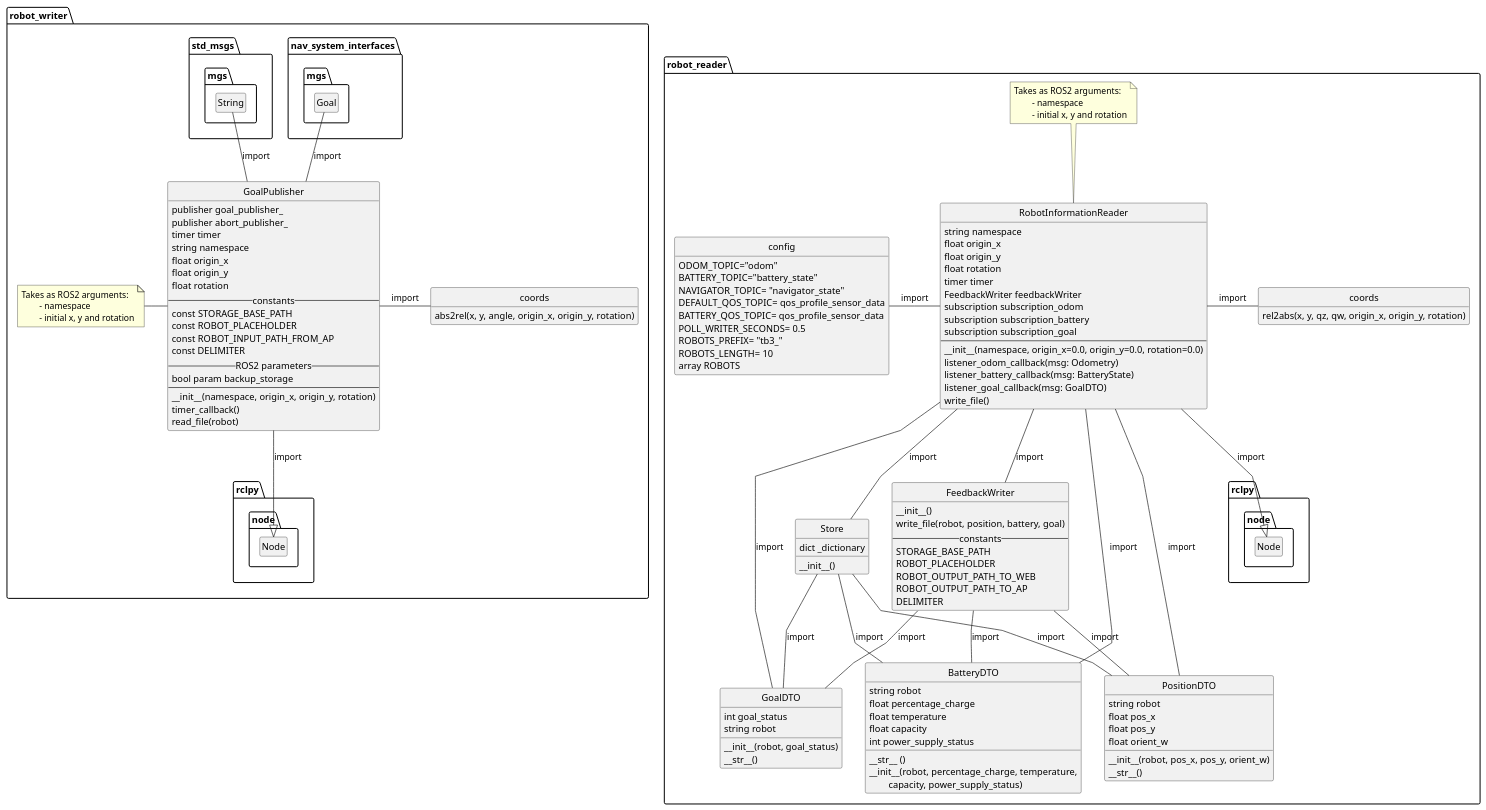
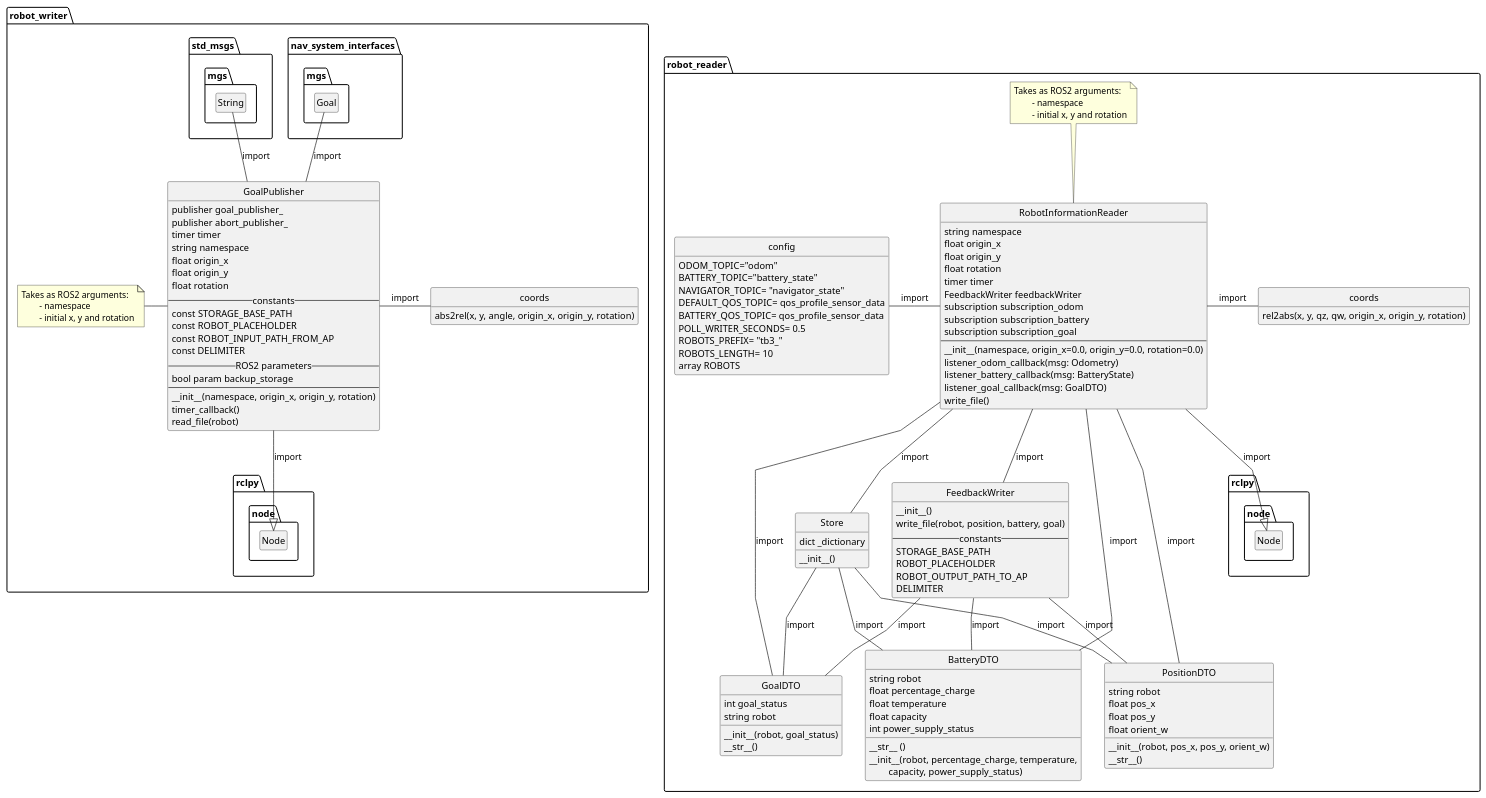
The diagram in doc/ros2/nodes/robot_nodes/class.puml (fcpp-experiments/ros2-library-project), drawn with PlantUML before and after one commit. The commit also changed 7 other files, not shown here.

```diff
--- a/doc/ros2/nodes/robot_nodes/class.puml
+++ b/doc/ros2/nodes/robot_nodes/class.puml
@@ -1,132 +1,131 @@
 @startuml
 hide empty member
 hide circle
 skinparam Linetype polyline
 
 package robot_writer {
 
 	class GoalPublisher {
 		publisher goal_publisher_
 		publisher abort_publisher_
 		timer timer
 		string namespace
 		float origin_x
 		float origin_y
 		float rotation
 		--constants--
 		const STORAGE_BASE_PATH
 		const ROBOT_PLACEHOLDER
 		const ROBOT_INPUT_PATH_FROM_AP
 		const DELIMITER
 		--ROS2 parameters--
 		bool param backup_storage
 		---
 		__init__(namespace, origin_x, origin_y, rotation)
 		timer_callback()
 		read_file(robot)
 	}
 	class robot_writer.coords {
 	  abs2rel(x, y, angle, origin_x, origin_y, rotation)
 	}
 note "Takes as ROS2 arguments:\n\t- namespace\n\t- initial x, y and rotation" as N1
  N1 -right- GoalPublisher
  GoalPublisher -right- robot_writer.coords: import
  GoalPublisher -up- nav_system_interfaces.mgs.Goal: import
  GoalPublisher -up- std_msgs.mgs.String: import
  GoalPublisher -down-|> rclpy.node.Node: import
 }
 
 package robot_reader {
 	class RobotInformationReader {
 		string namespace
 		float origin_x
 		float origin_y
 		float rotation
 		timer timer
 		FeedbackWriter feedbackWriter
 		subscription subscription_odom
 		subscription subscription_battery
 		subscription subscription_goal
 		---
 		__init__(namespace, origin_x=0.0, origin_y=0.0, rotation=0.0)
 		listener_odom_callback(msg: Odometry)
 		listener_battery_callback(msg: BatteryState)
 		listener_goal_callback(msg: GoalDTO)
 		write_file()
 	}
 
 class BatteryDTO{
 	string robot
 	float percentage_charge
 	float temperature
 	float capacity
 	int power_supply_status
 	__str__ ()
 	__init__(robot, percentage_charge, temperature,
 		\tcapacity, power_supply_status)
 }
 class config{
 	ODOM_TOPIC="odom"
 	BATTERY_TOPIC="battery_state"
 	NAVIGATOR_TOPIC= "navigator_state"
 	DEFAULT_QOS_TOPIC= qos_profile_sensor_data
 	BATTERY_QOS_TOPIC= qos_profile_sensor_data
 	POLL_WRITER_SECONDS= 0.5
 	ROBOTS_PREFIX= "tb3_"
 	ROBOTS_LENGTH= 10
 	array ROBOTS
 }
 class coords{
 	rel2abs(x, y, qz, qw, origin_x, origin_y, rotation)
 }
 class FeedbackWriter{
 	__init__()
 	write_file(robot, position, battery, goal)
 	--constants--
 	STORAGE_BASE_PATH
 	ROBOT_PLACEHOLDER
-	ROBOT_OUTPUT_PATH_TO_WEB
 	ROBOT_OUTPUT_PATH_TO_AP
 	DELIMITER
 }
 class GoalDTO{
 	__init__(robot, goal_status)
 	int goal_status
 	string robot
 	__str__() 
 }
 class PositionDTO{
 	string robot
 	float pos_x
 	float pos_y
 	float orient_w
 	__init__(robot, pos_x, pos_y, orient_w)
 	__str__()
 }
 
 class Store{
 	__init__()
 	dict _dictionary
 }
 
 note "Takes as ROS2 arguments:\n\t- namespace\n\t- initial x, y and rotation" as N2
  N2 -down- RobotInformationReader
 
 FeedbackWriter -- PositionDTO: import
 FeedbackWriter -- BatteryDTO: import
 FeedbackWriter -- GoalDTO: import
 Store -- PositionDTO: import
 Store -- BatteryDTO: import
 Store -- GoalDTO: import
 RobotInformationReader -- PositionDTO: import
 RobotInformationReader -- BatteryDTO: import
 RobotInformationReader -- GoalDTO: import
 RobotInformationReader -- FeedbackWriter: import
 RobotInformationReader -- Store: import
 RobotInformationReader -right- coords: import
 RobotInformationReader -left- config: import
 RobotInformationReader --|> rclpy.node.Node: import
 }
 
 
 @enduml
```
